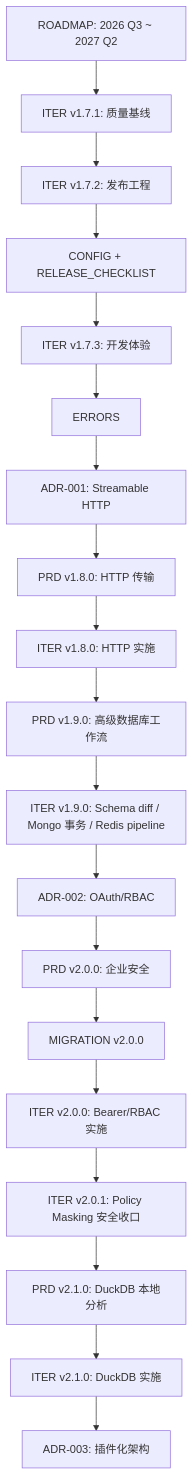
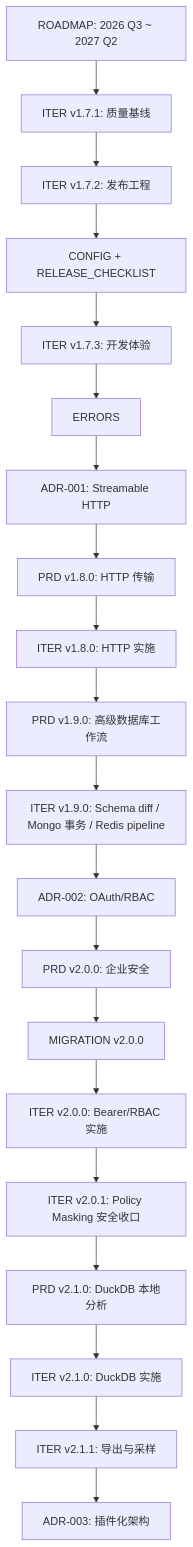
Before and after one commit to yclenove/polyglot-db-mcp-server: the diagram in docs/INDEX.md, drawn with Mermaid. The commit also changed other lines of this file and 14 other files, not shown here.

````diff
--- a/docs/INDEX.md
+++ b/docs/INDEX.md
@@ -174,21 +178,22 @@
 ```mermaid
 flowchart TD
   A[ROADMAP: 2026 Q3 ~ 2027 Q2] --> B[ITER v1.7.1: 质量基线]
   B --> C[ITER v1.7.2: 发布工程]
   C --> D[CONFIG + RELEASE_CHECKLIST]
   D --> E[ITER v1.7.3: 开发体验]
   E --> F[ERRORS]
   F --> G[ADR-001: Streamable HTTP]
   G --> H[PRD v1.8.0: HTTP 传输]
   H --> I[ITER v1.8.0: HTTP 实施]
   I --> J[PRD v1.9.0: 高级数据库工作流]
   J --> K[ITER v1.9.0: Schema diff / Mongo 事务 / Redis pipeline]
   K --> L[ADR-002: OAuth/RBAC]
   L --> M[PRD v2.0.0: 企业安全]
   M --> N[MIGRATION v2.0.0]
   N --> O[ITER v2.0.0: Bearer/RBAC 实施]
   O --> P[ITER v2.0.1: Policy Masking 安全收口]
   P --> Q[PRD v2.1.0: DuckDB 本地分析]
   Q --> R[ITER v2.1.0: DuckDB 实施]
-  R --> S[ADR-003: 插件化架构]
+  R --> S[ITER v2.1.1: 导出与采样]
+  S --> T[ADR-003: 插件化架构]
 ```
````
